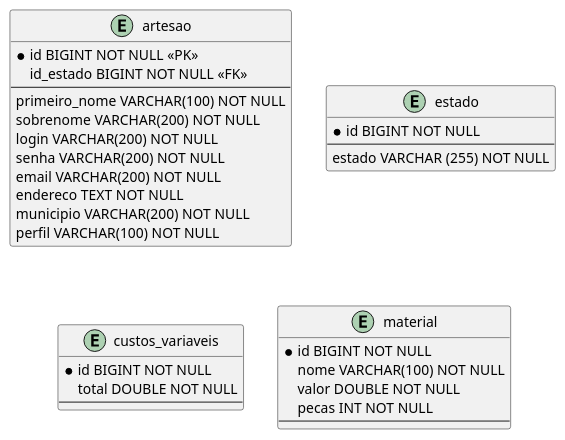
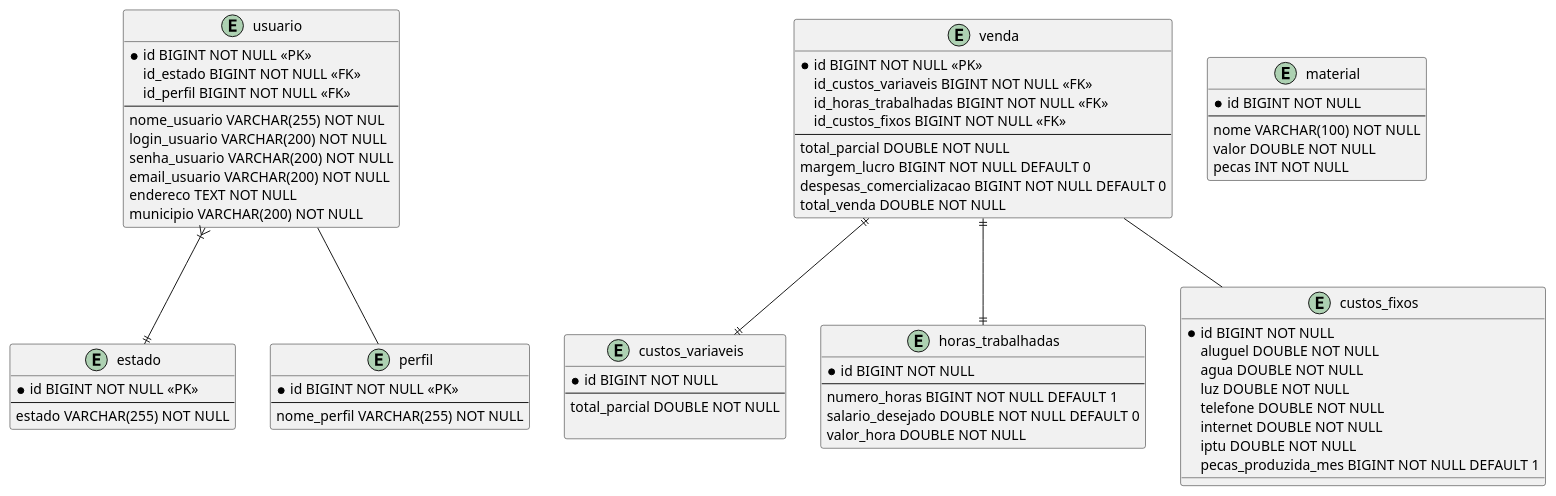
The diagram in modelagem/banco.wsd (galaticghost/precificacao-pecas), drawn with PlantUML before and after one commit. The commit also changed 8 other files, not shown here.

```diff
--- a/modelagem/banco.wsd
+++ b/modelagem/banco.wsd
@@ -1,38 +1,81 @@
 @startuml Banco
 
-entity artesao {
+entity usuario {
     *id BIGINT NOT NULL <<PK>>
     id_estado BIGINT NOT NULL <<FK>>
+    id_perfil BIGINT NOT NULL <<FK>>
     --
-    primeiro_nome VARCHAR(100) NOT NULL
-    sobrenome VARCHAR(200) NOT NULL
-    login VARCHAR(200) NOT NULL
-    senha VARCHAR(200) NOT NULL
-    email VARCHAR(200) NOT NULL
+    nome_usuario VARCHAR(255) NOT NUL
+    login_usuario VARCHAR(200) NOT NULL
+    senha_usuario VARCHAR(200) NOT NULL
+    email_usuario VARCHAR(200) NOT NULL
     endereco TEXT NOT NULL
     municipio VARCHAR(200) NOT NULL
-    perfil VARCHAR(100) NOT NULL
 }
 
 entity estado {
-    *id BIGINT NOT NULL
+    *id BIGINT NOT NULL <<PK>>
     --
-    estado VARCHAR (255) NOT NULL
+    estado VARCHAR(255) NOT NULL
 }
 
+entity perfil {
+    *id BIGINT NOT NULL <<PK>>
+    --
+    nome_perfil VARCHAR(255) NOT NULL
+}
 
 entity custos_variaveis {
     *id BIGINT NOT NULL
-    total DOUBLE NOT NULL
     --
+    total_parcial DOUBLE NOT NULL
+    
+}
+
+entity horas_trabalhadas {
+    *id BIGINT NOT NULL
+    --
+    numero_horas BIGINT NOT NULL DEFAULT 1
+    salario_desejado DOUBLE NOT NULL DEFAULT 0
+    valor_hora DOUBLE NOT NULL 
+}
+
+entity custos_fixos {
+    *id BIGINT NOT NULL
+    aluguel DOUBLE NOT NULL
+    agua DOUBLE NOT NULL
+    luz DOUBLE NOT NULL
+    telefone DOUBLE NOT NULL
+    internet DOUBLE NOT NULL
+    iptu DOUBLE NOT NULL
+    pecas_produzida_mes BIGINT NOT NULL DEFAULT 1
 }
 
 entity material {
     *id BIGINT NOT NULL
+    --
     nome VARCHAR(100) NOT NULL
     valor DOUBLE NOT NULL
     pecas INT NOT NULL
-    --
 }
 
+entity venda {
+    *id BIGINT NOT NULL <<PK>>
+    id_custos_variaveis BIGINT NOT NULL <<FK>>
+    id_horas_trabalhadas BIGINT NOT NULL <<FK>>
+    id_custos_fixos BIGINT NOT NULL <<FK>>
+    --
+    total_parcial DOUBLE NOT NULL
+    margem_lucro BIGINT NOT NULL DEFAULT 0
+    despesas_comercializacao BIGINT NOT NULL DEFAULT 0
+    total_venda DOUBLE NOT NULL
+}
+
+usuario }|--|| estado
+usuario -- perfil
+venda ||--|| custos_variaveis
+venda ||--|| horas_trabalhadas
+venda -- custos_fixos
+
+
 @enduml
```
